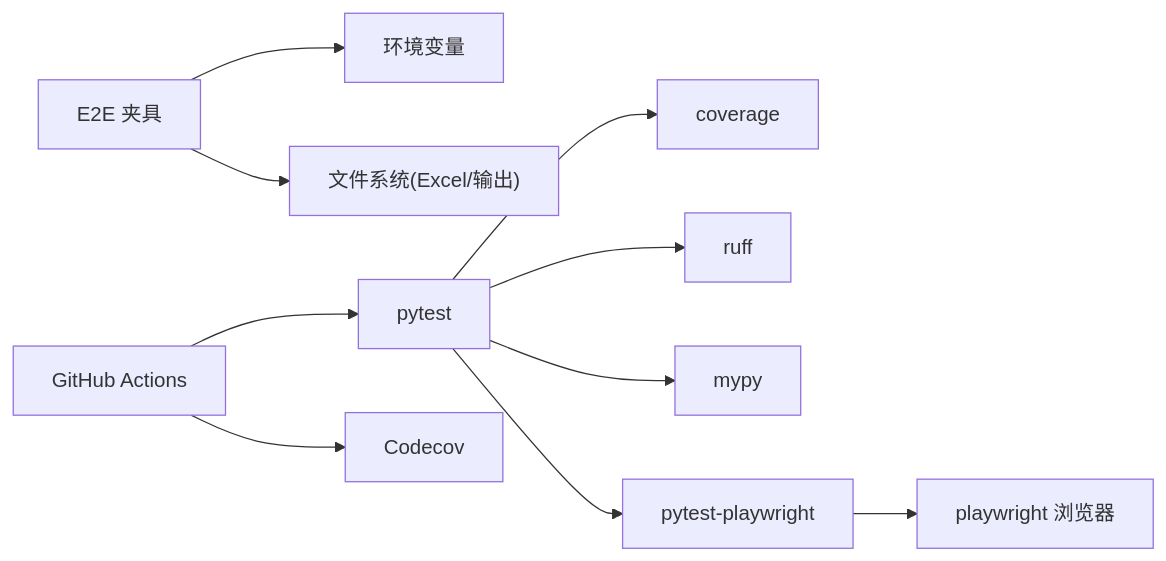
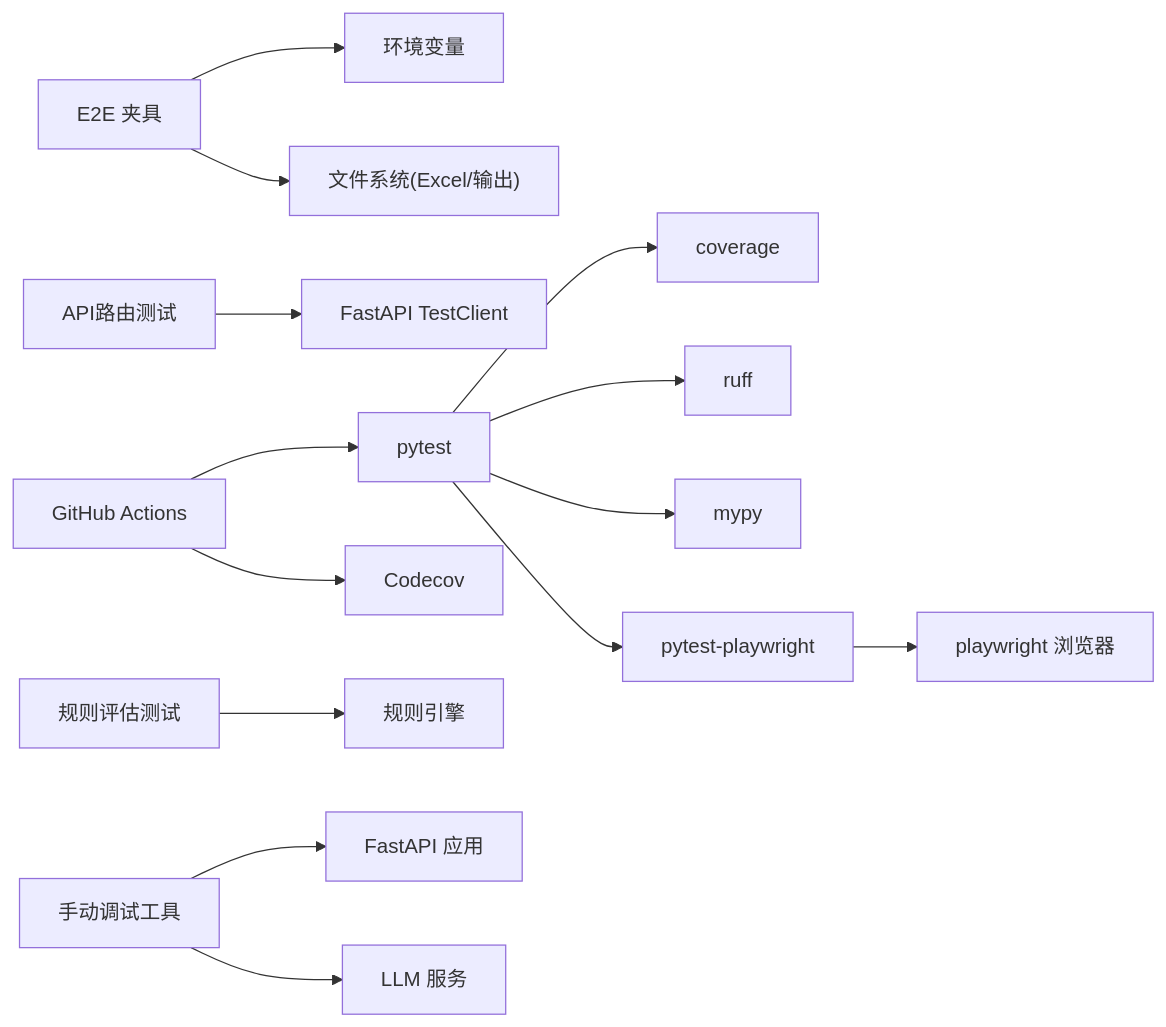
Before and after one commit to boyingliu01/fault-review-analyzer: the fourth of 4 diagrams in .qoder/repowiki/zh/content/测试策略/测试策略.md, drawn with Mermaid. The commit also changed other lines of this file and 30 other files, not shown here.

````diff
--- a/.qoder/repowiki/zh/content/测试策略/测试策略.md
+++ b/.qoder/repowiki/zh/content/测试策略/测试策略.md
@@ -311,12 +446,16 @@
 ```mermaid
 graph LR
 PYTEST["pytest"] --> COV["coverage"]
 PYTEST --> RUFF["ruff"]
 PYTEST --> MYPY["mypy"]
 PYTEST --> PLW["pytest-playwright"]
 PLW --> PW["playwright 浏览器"]
 E2E["E2E 夹具"] --> ENV["环境变量"]
 E2E --> FS["文件系统(Excel/输出)"]
+AR["API路由测试"] --> FASTAPI["FastAPI TestClient"]
+RE["规则评估测试"] --> RULES["规则引擎"]
+MD["手动调试工具"] --> APP["FastAPI 应用"]
+MD --> LLM["LLM 服务"]
 CI["GitHub Actions"] --> PYTEST
 CI --> CODECOV["Codecov"]
 ```
````
